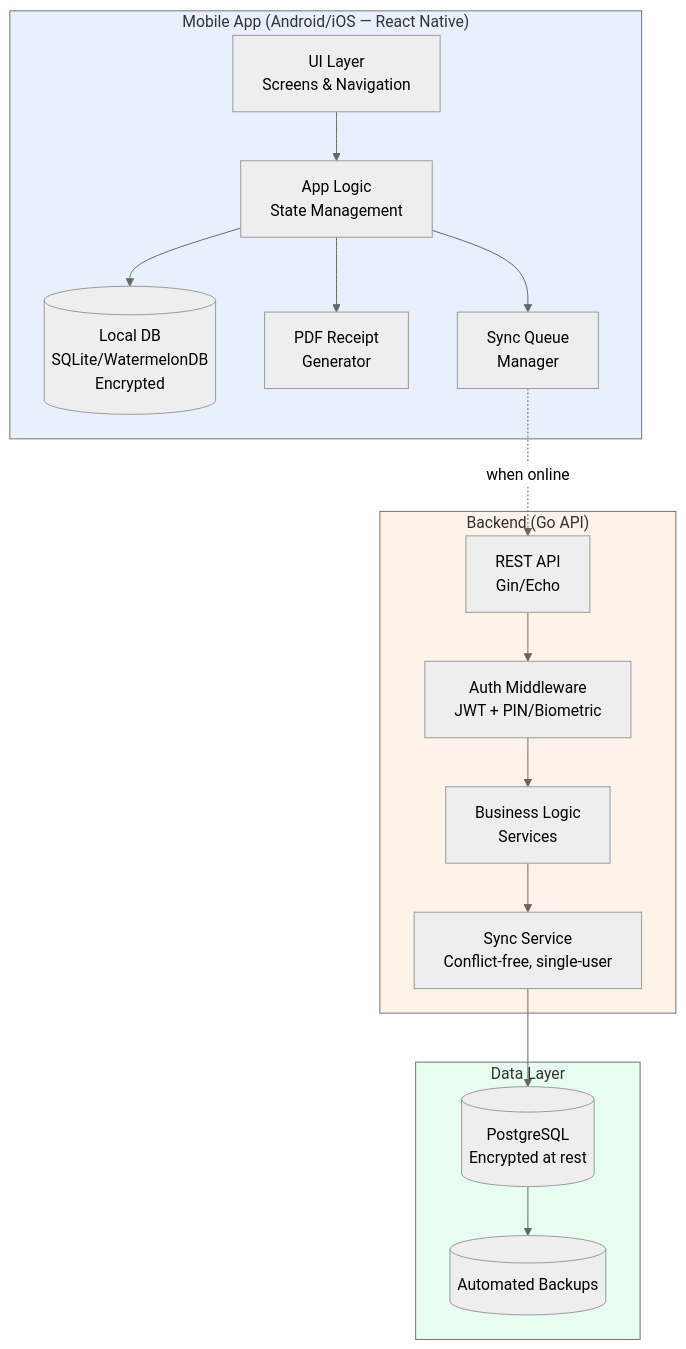
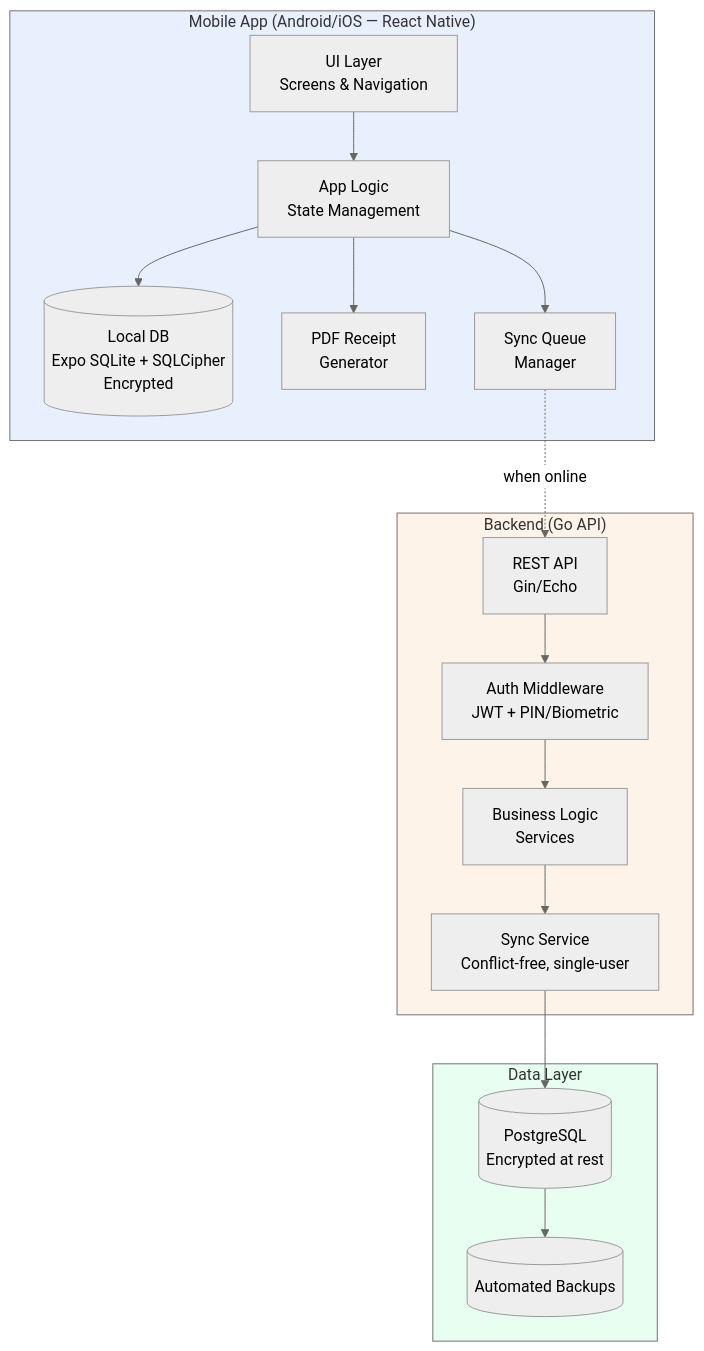
Before and after one commit to fandykun/cito-mobile: the second of 5 diagrams in docs/erd.md, drawn with Mermaid (neutral theme). The commit also changed other lines of this file and 1 other file, not shown here.

Commit message:
docs(mobile): select expo sqlite with sqlcipher
- Record the first-party Expo SQLite decision and native validation gates

- Align the authoritative architecture and agent guidance

- Document Expo Go, development-build, key-management, and toolchain constraints

````diff
--- a/docs/erd.md
+++ b/docs/erd.md
@@ -170,37 +170,37 @@
 ```mermaid
 flowchart TB
     subgraph Mobile["Mobile App (Android/iOS — React Native)"]
         UI[UI Layer<br/>Screens & Navigation]
         LOGIC[App Logic<br/>State Management]
-        LOCALDB[(Local DB<br/>SQLite/WatermelonDB<br/>Encrypted)]
+        LOCALDB[(Local DB<br/>Expo SQLite + SQLCipher<br/>Encrypted)]
         PDFGEN[PDF Receipt<br/>Generator]
         SYNCQ[Sync Queue<br/>Manager]
     end
 
     subgraph Backend["Backend (Go API)"]
         API[REST API<br/>Gin/Echo]
         AUTH[Auth Middleware<br/>JWT + PIN/Biometric]
         BIZLOGIC[Business Logic<br/>Services]
         SYNCSVC[Sync Service<br/>Conflict-free, single-user]
     end
 
     subgraph Data["Data Layer"]
         PG[(PostgreSQL<br/>Encrypted at rest)]
         BACKUP[(Automated Backups)]
     end
 
     UI --> LOGIC
     LOGIC --> LOCALDB
     LOGIC --> PDFGEN
     LOGIC --> SYNCQ
     SYNCQ -.->|when online| API
     API --> AUTH
     AUTH --> BIZLOGIC
     BIZLOGIC --> SYNCSVC
     SYNCSVC --> PG
     PG --> BACKUP
 
     style Mobile fill:#e8f0fe
     style Backend fill:#fef3e8
     style Data fill:#e8fef0
 ```
````
